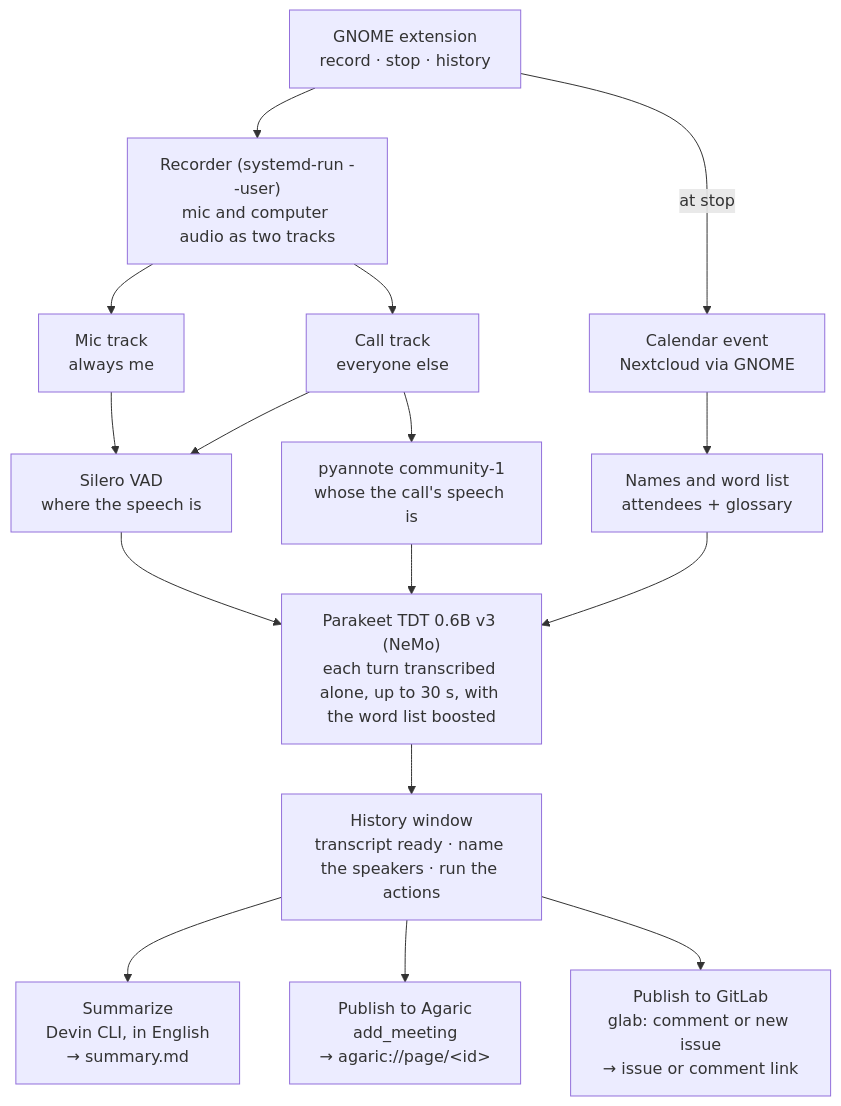
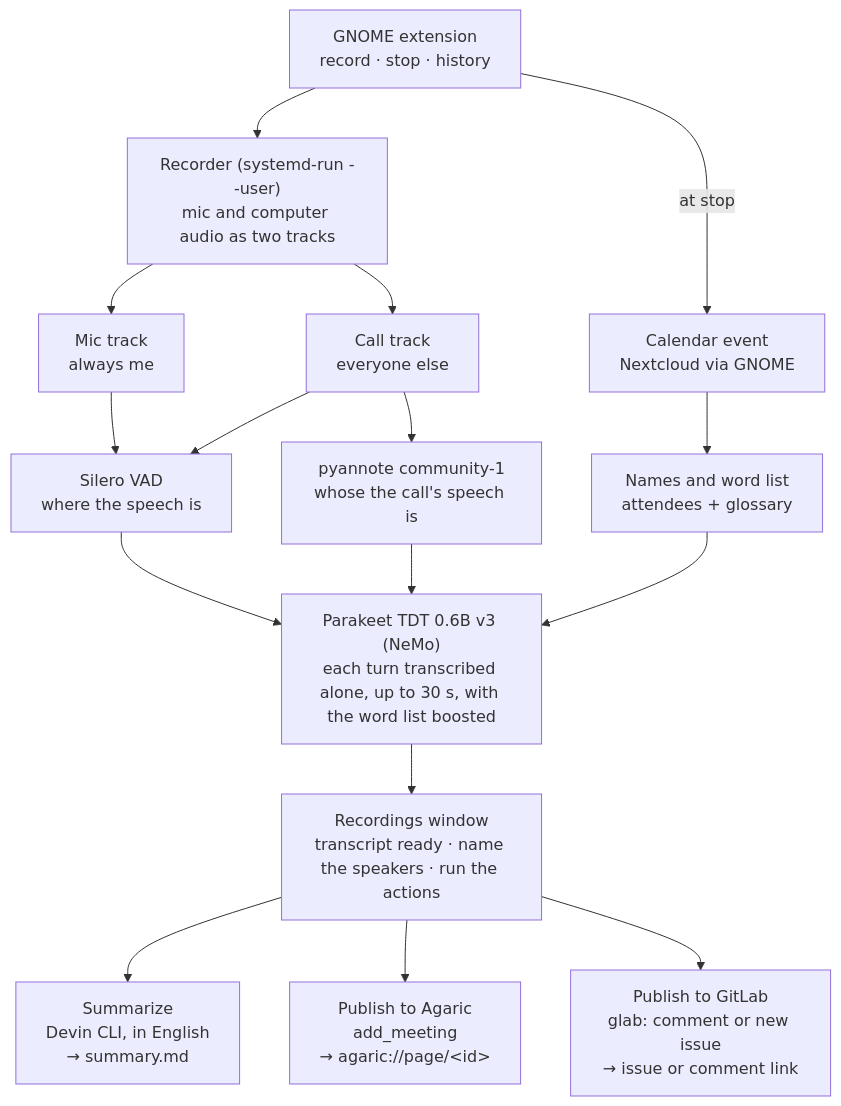
One commit to jfolcini/minutas changed the first of 2 diagrams in docs/design.md. Above: the diagram before and after it, drawn with Mermaid. The commit also changed other lines of this file and 16 other files, not shown here.

First line of the commit message:
feat(window): split the Settings from the Recordings, with Devin's models and a summary skill (#63)

````diff
--- a/docs/design.md
+++ b/docs/design.md
@@ -48,32 +48,32 @@
 ```mermaid
 flowchart TD
     ext["GNOME extension<br/>record · stop · history"]
     rec["Recorder (systemd-run --user)<br/>mic and computer audio as two tracks"]
     mic["Mic track<br/>always me"]
     calltrack["Call track<br/>everyone else"]
     cal["Calendar event<br/>Nextcloud via GNOME"]
     vad["Silero VAD<br/>where the speech is"]
     diar["pyannote community-1<br/>whose the call's speech is"]
     words["Names and word list<br/>attendees + glossary"]
     asr["Parakeet TDT 0.6B v3 (NeMo)<br/>each turn transcribed alone, up to 30 s, with the word list boosted"]
-    hist["History window<br/>transcript ready · name the speakers · run the actions"]
+    hist["Recordings window<br/>transcript ready · name the speakers · run the actions"]
     sum["Summarize<br/>Devin CLI, in English<br/>→ summary.md"]
     agaric["Publish to Agaric<br/>add_meeting<br/>→ agaric://page/&lt;id&gt;"]
     gitlab["Publish to GitLab<br/>glab: comment or new issue<br/>→ issue or comment link"]
 
     ext --> rec
     ext -- at stop --> cal
     rec --> mic
     rec --> calltrack
     mic --> vad
     calltrack --> vad
     calltrack --> diar
     cal --> words
     vad --> asr
     diar --> asr
     words --> asr
     asr --> hist
     hist --> sum
     hist --> agaric
     hist --> gitlab
 ```
````
